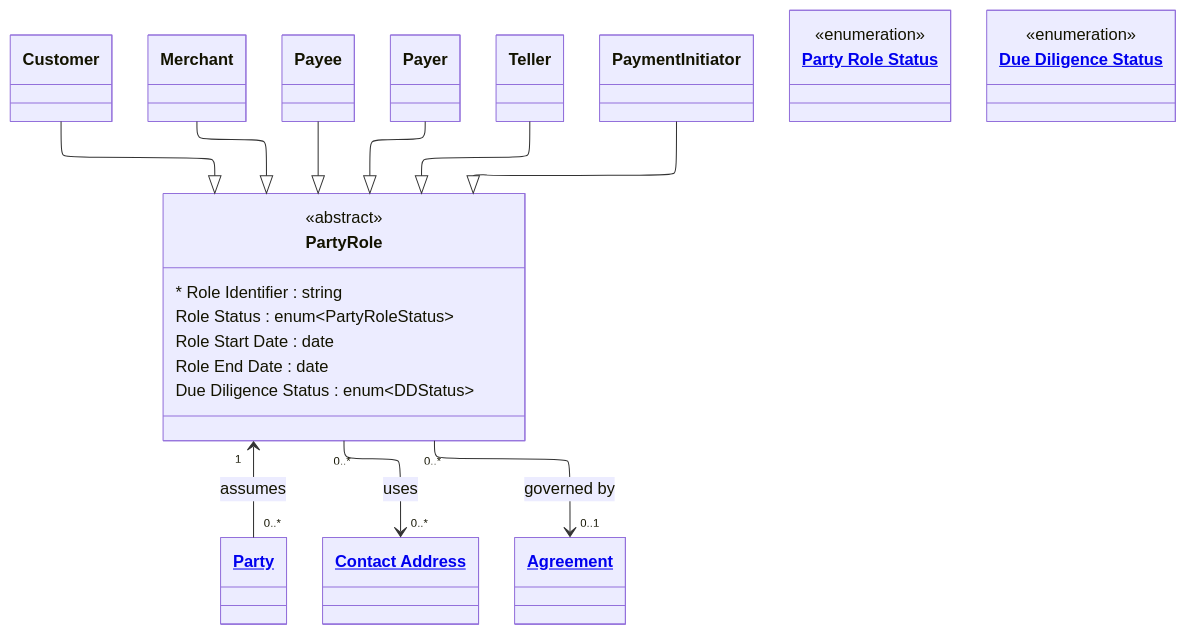
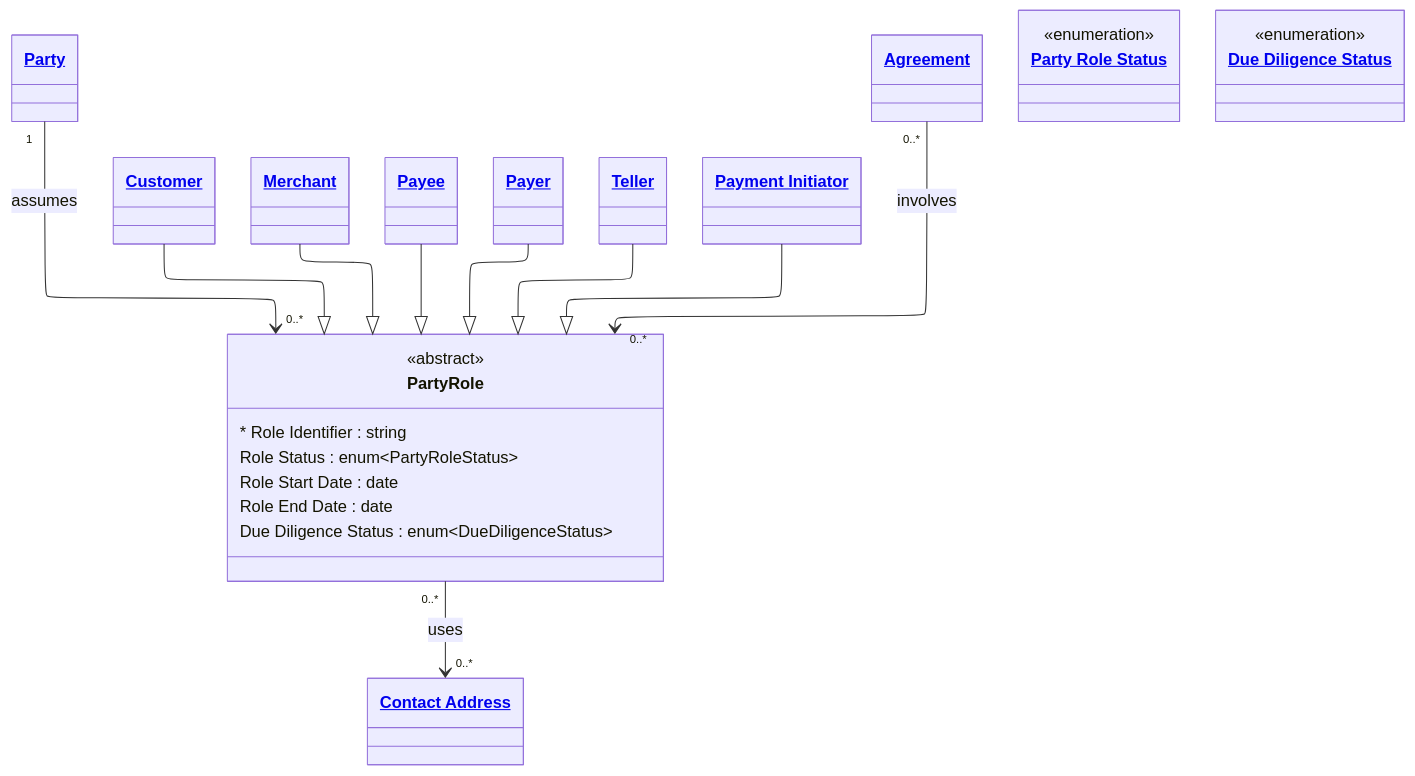
The diagram in examples/Financial Crime/entities/party_role.md (Semprini/md-ddl), drawn with Mermaid before and after one commit. The commit also changed other lines of this file and 40 other files, not shown here.

First line of the commit message:
Repair Financial Crime example to meet its own standard (domain 2.0.0)

````diff
--- a/examples/Financial Crime/entities/party_role.md
+++ b/examples/Financial Crime/entities/party_role.md
@@ -13,40 +13,40 @@
 ```mermaid
 ---
 config:
   layout: elk
 ---
 classDiagram
   class PartyRole{
     <<abstract>>
     * Role Identifier : string
     Role Status : enum~PartyRoleStatus~
     Role Start Date : date
     Role End Date : date
-    Due Diligence Status : enum~DDStatus~
+    Due Diligence Status : enum~DueDiligenceStatus~
   }
 
-  class Customer
-  class Merchant
-  class Payee
-  class Payer
-  class Teller
-  class PaymentInitiator
+  class Customer["<a href='https://github.com/Semprini/md-ddl/blob/main/examples/Financial%20Crime/entities/customer.md'>Customer</a>"]
+  class Merchant["<a href='https://github.com/Semprini/md-ddl/blob/main/examples/Financial%20Crime/entities/merchant.md'>Merchant</a>"]
+  class Payee["<a href='https://github.com/Semprini/md-ddl/blob/main/examples/Financial%20Crime/entities/payee.md'>Payee</a>"]
+  class Payer["<a href='https://github.com/Semprini/md-ddl/blob/main/examples/Financial%20Crime/entities/payer.md'>Payer</a>"]
+  class Teller["<a href='https://github.com/Semprini/md-ddl/blob/main/examples/Financial%20Crime/entities/teller.md'>Teller</a>"]
+  class PaymentInitiator["<a href='https://github.com/Semprini/md-ddl/blob/main/examples/Financial%20Crime/entities/payment_initiator.md'>Payment Initiator</a>"]
 
   Customer --|> PartyRole
   Merchant --|> PartyRole
   Payee --|> PartyRole
   Payer --|> PartyRole
   Teller --|> PartyRole
   PaymentInitiator --|> PartyRole
 
-  PartyRole "1" <-- "0..*" Party : assumes
+  Party "1" --> "0..*" PartyRole : assumes
   PartyRole "0..*" --> "0..*" ContactAddress : uses
-  PartyRole "0..*" --> "0..1" Agreement : governed by
+  Agreement "0..*" --> "0..*" PartyRole : involves
 
   class PartyRoleStatus["<a href='https://github.com/Semprini/md-ddl/blob/main/examples/Financial%20Crime/enums.md#party-role-status'>Party Role Status</a>"]{<<enumeration>>}
-  class DDStatus["<a href='https://github.com/Semprini/md-ddl/blob/main/examples/Financial%20Crime/enums.md#due-diligence-status'>Due Diligence Status</a>"]{<<enumeration>>}
+  class DueDiligenceStatus["<a href='https://github.com/Semprini/md-ddl/blob/main/examples/Financial%20Crime/enums.md#due-diligence-status'>Due Diligence Status</a>"]{<<enumeration>>}
 
   class Party["<a href='https://github.com/Semprini/md-ddl/blob/main/examples/Financial%20Crime/entities/party.md'>Party</a>"]
   class ContactAddress["<a href='https://github.com/Semprini/md-ddl/blob/main/examples/Financial%20Crime/entities/contact_address.md'>Contact Address</a>"]
   class Agreement["<a href='https://github.com/Semprini/md-ddl/blob/main/examples/Financial%20Crime/entities/agreement.md'>Agreement</a>"]
 ```
````
